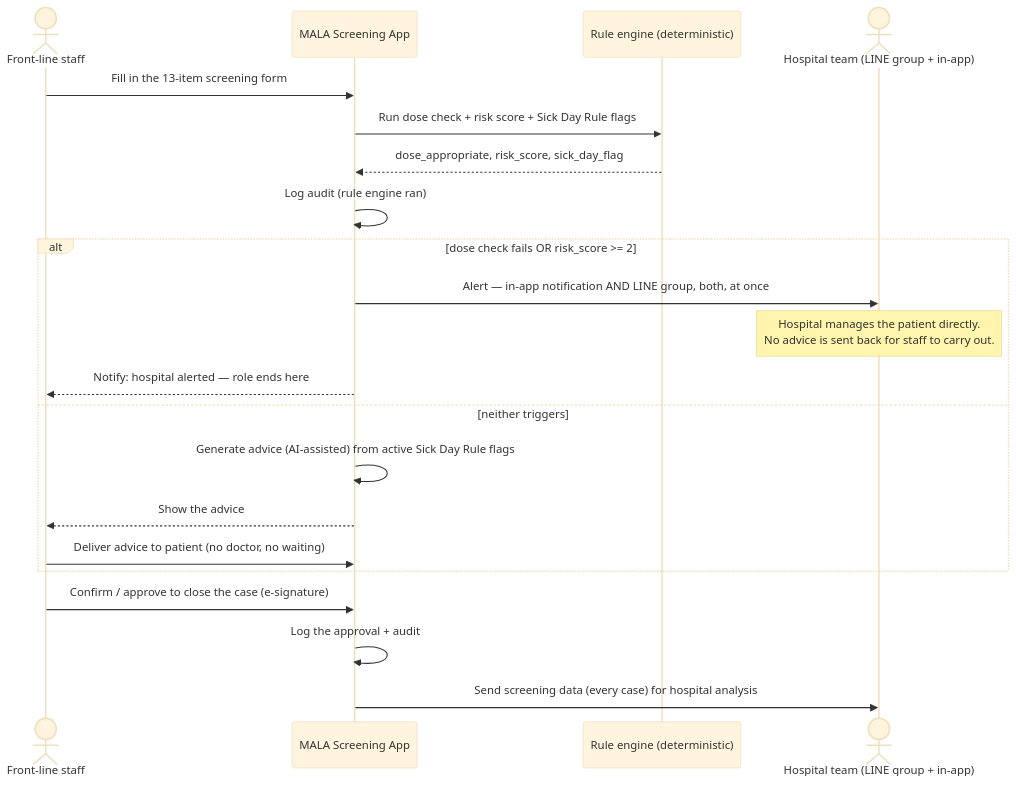
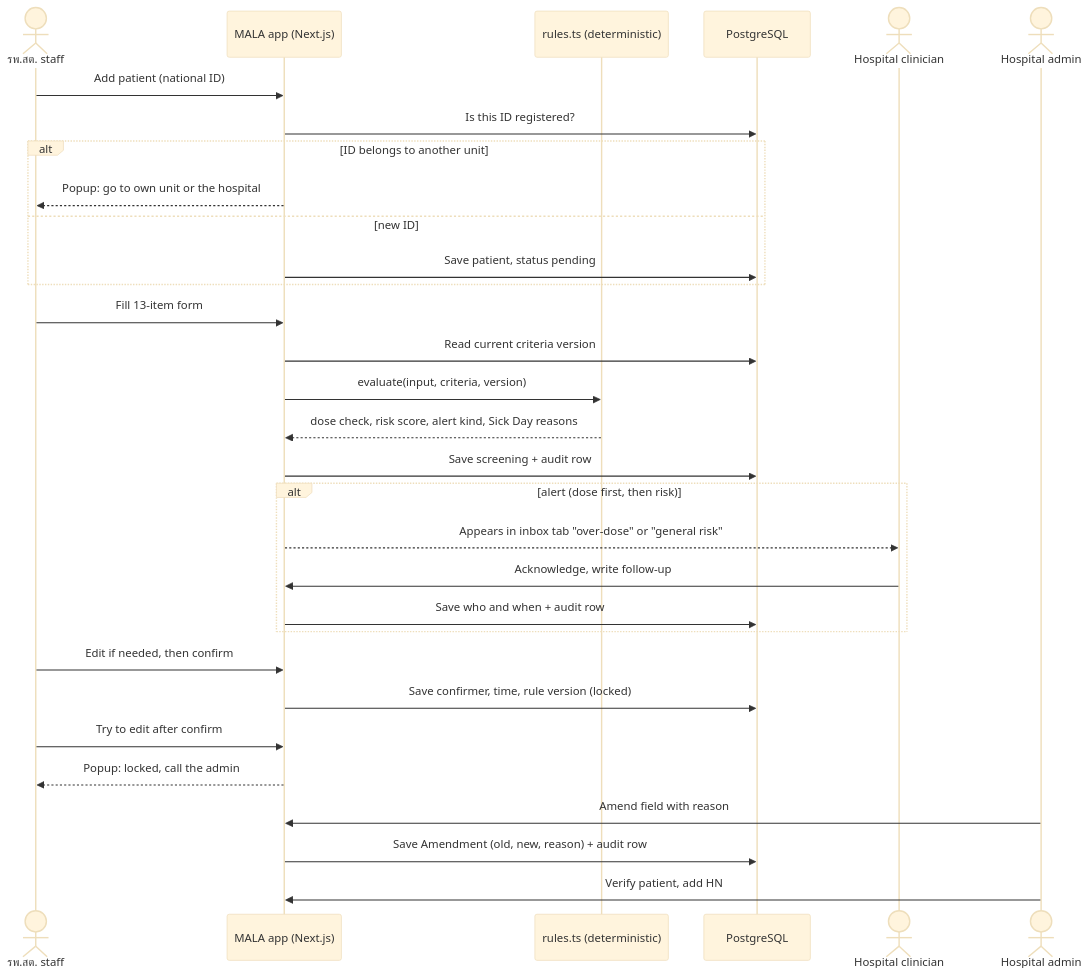
One commit to tpose-corp/mala-risk-screening changed the third of 4 diagrams in .docs/02-design/diagrams.md. Above: the diagram before and after it, drawn with Mermaid (base theme). The commit also changed other lines of this file and 33 other files, not shown here.

````diff
--- a/.docs/02-design/diagrams.md
+++ b/.docs/02-design/diagrams.md
@@ -143,26 +187,34 @@
 ```mermaid
 sequenceDiagram
-  actor Staff as Front-line staff
-  participant App as MALA Screening App
-  participant Rules as Rule engine (deterministic)
-  actor Doctor as Hospital team (LINE group + in-app)
+  actor Staff as รพ.สต. staff
+  participant App as MALA app (Next.js)
+  participant Rules as rules.ts (deterministic)
+  participant DB as PostgreSQL
+  actor Clin as Hospital clinician
+  actor Admin as Hospital admin
 
-  Staff->>App: Fill in the 13-item screening form
-  App->>Rules: Run dose check + risk score + Sick Day Rule flags
-  Rules-->>App: dose_appropriate, risk_score, sick_day_flag
-  App->>App: Log audit (rule engine ran)
-
-  alt dose check fails OR risk_score >= 2
-    App->>Doctor: Alert — in-app notification AND LINE group, both, at once
-    Note over Doctor: Hospital manages the patient directly.<br/>No advice is sent back for staff to carry out.
-    App-->>Staff: Notify: hospital alerted — role ends here
-  else neither triggers
-    App->>App: Generate advice (AI-assisted) from active Sick Day Rule flags
-    App-->>Staff: Show the advice
-    Staff->>App: Deliver advice to patient (no doctor, no waiting)
+  Staff->>App: Add patient (national ID)
+  App->>DB: Is this ID registered?
+  alt ID belongs to another unit
+    App-->>Staff: Popup: go to own unit or the hospital
+  else new ID
+    App->>DB: Save patient, status pending
   end
-
-  Staff->>App: Confirm / approve to close the case (e-signature)
-  App->>App: Log the approval + audit
-  App->>Doctor: Send screening data (every case) for hospital analysis
+  Staff->>App: Fill 13-item form
+  App->>DB: Read current criteria version
+  App->>Rules: evaluate(input, criteria, version)
+  Rules-->>App: dose check, risk score, alert kind, Sick Day reasons
+  App->>DB: Save screening + audit row
+  alt alert (dose first, then risk)
+    App-->>Clin: Appears in inbox tab "over-dose" or "general risk"
+    Clin->>App: Acknowledge, write follow-up
+    App->>DB: Save who and when + audit row
+  end
+  Staff->>App: Edit if needed, then confirm
+  App->>DB: Save confirmer, time, rule version (locked)
+  Staff->>App: Try to edit after confirm
+  App-->>Staff: Popup: locked, call the admin
+  Admin->>App: Amend field with reason
+  App->>DB: Save Amendment (old, new, reason) + audit row
+  Admin->>App: Verify patient, add HN
 ```
````
